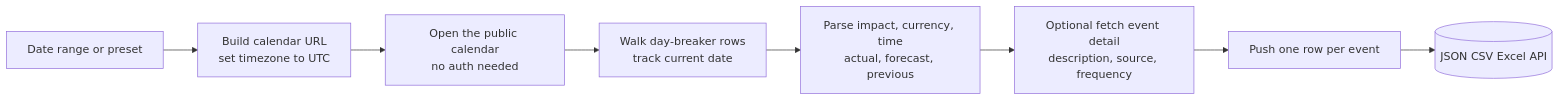
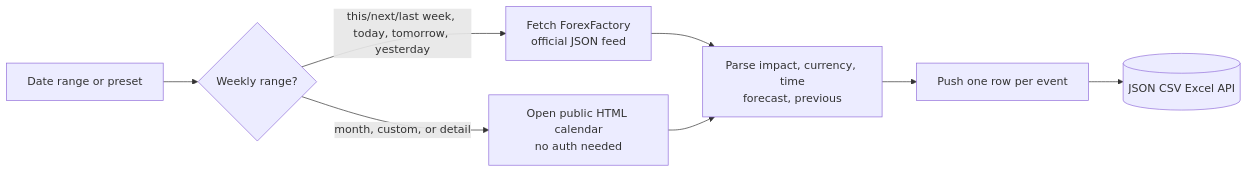
One commit to Ken-Mutisya/scrapemint changed the first of 2 diagrams in actors/forexfactory-economic-calendar/README.md. Above: the diagram before and after it, drawn with Mermaid. The commit also changed other lines of this file and 12 other files, not shown here.

````diff
--- a/actors/forexfactory-economic-calendar/README.md
+++ b/actors/forexfactory-economic-calendar/README.md
@@ -25,10 +25,10 @@
 ```mermaid
 flowchart LR
-    A[Date range or preset] --> B[Build calendar URL<br/>set timezone to UTC]
-    B --> C[Open the public calendar<br/>no auth needed]
-    C --> D[Walk day-breaker rows<br/>track current date]
-    D --> E[Parse impact, currency, time<br/>actual, forecast, previous]
-    E --> F[Optional fetch event detail<br/>description, source, frequency]
-    F --> G[Push one row per event]
-    G --> H[(JSON CSV Excel API)]
+    A[Date range or preset] --> B{Weekly range?}
+    B -- "this/next/last week, today, tomorrow, yesterday" --> C[Fetch ForexFactory<br/>official JSON feed]
+    B -- "month, custom, or detail" --> D[Open public HTML calendar<br/>no auth needed]
+    C --> E[Parse impact, currency, time<br/>forecast, previous]
+    D --> E
+    E --> F[Push one row per event]
+    F --> G[(JSON CSV Excel API)]
 ```
````
